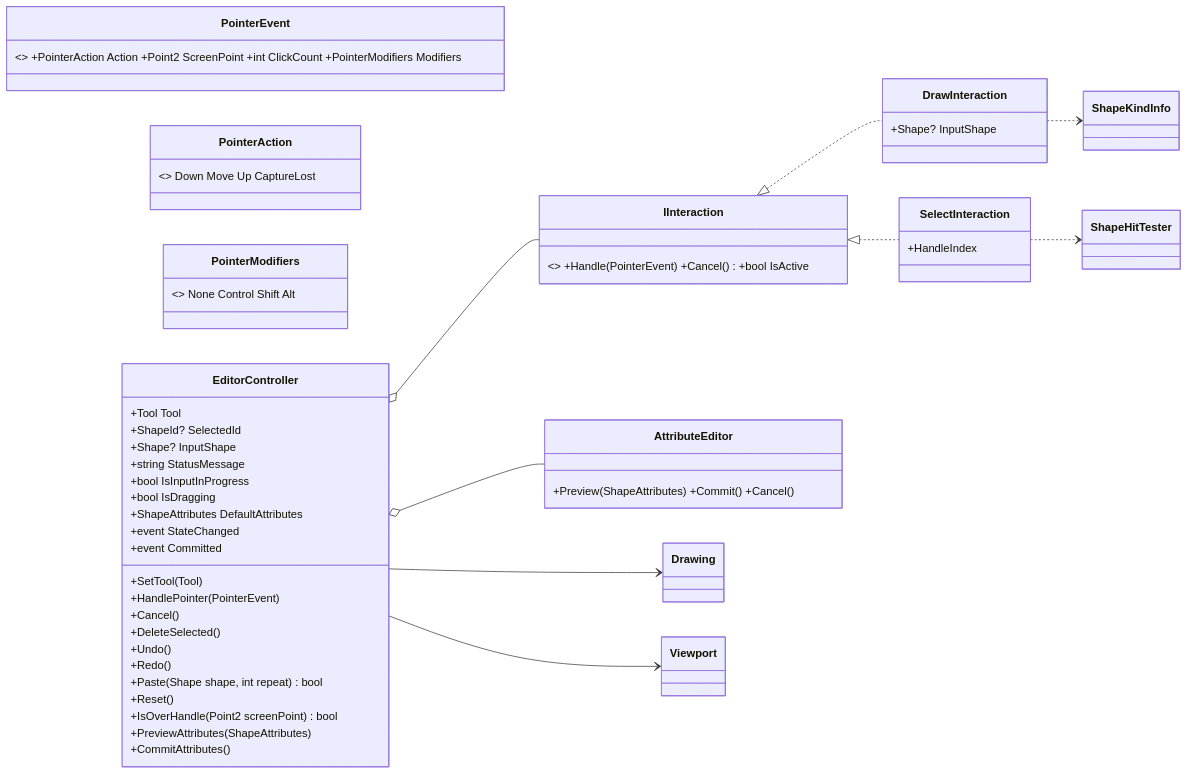
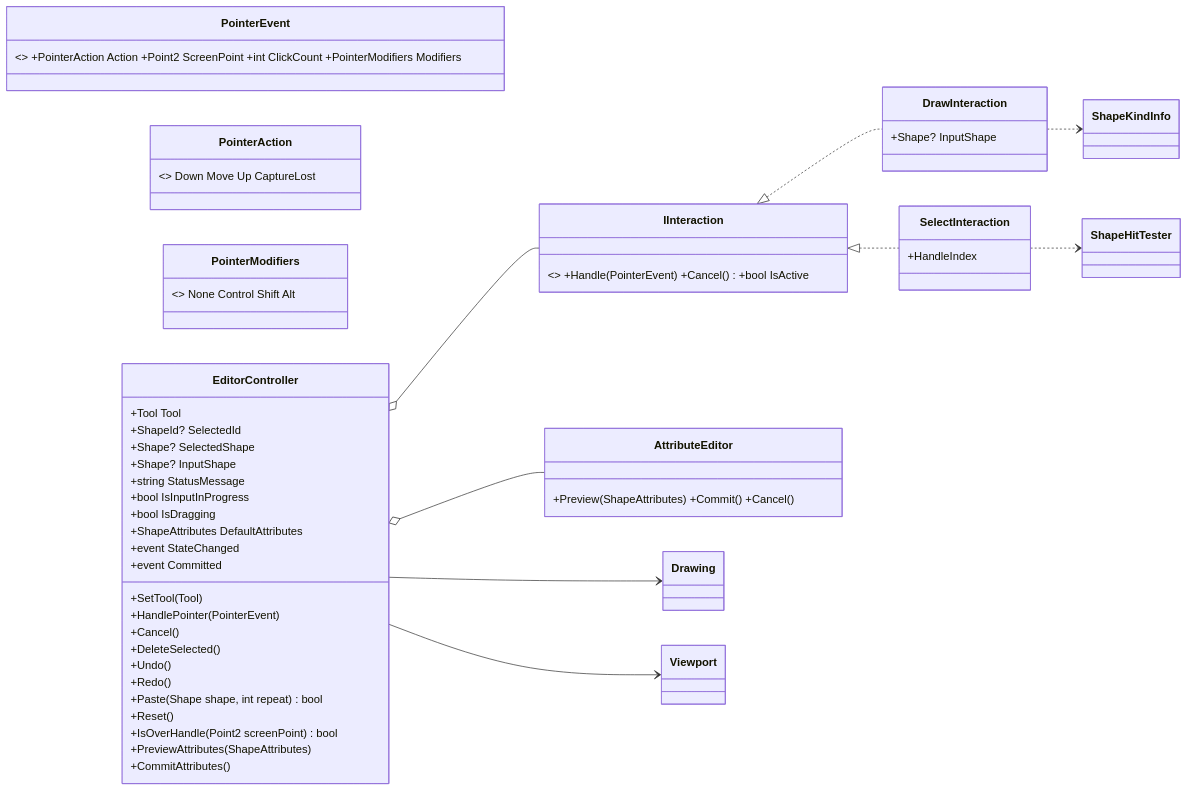
Before and after one commit to Fujiwo/Shos.WpfCadSample: the fourth of 11 diagrams in Documents/20261105-cad-architecture.md, drawn with Mermaid. The commit also changed other lines of this file and 17 other files, not shown here.

First line of the commit message:
レビューの指摘 3、6、8 を修正：選択中の図形を EditorController.SelectedShape に、プレビューの確定を Drawing.CommitPreview にまとめ、設計書 5.4 を実装に合わせる

````diff
--- a/Documents/20261105-cad-architecture.md
+++ b/Documents/20261105-cad-architecture.md
@@ -292,41 +294,42 @@
 ```mermaid
 classDiagram
     direction LR
     class PointerEvent { <<record>> +PointerAction Action +Point2 ScreenPoint +int ClickCount +PointerModifiers Modifiers }
     class PointerAction { <<enum>> Down Move Up CaptureLost }
     class PointerModifiers { <<flags enum>> None Control Shift Alt }
     class EditorController {
         +Tool Tool
         +ShapeId? SelectedId
+        +Shape? SelectedShape
         +Shape? InputShape
         +string StatusMessage
         +bool IsInputInProgress
         +bool IsDragging
         +ShapeAttributes DefaultAttributes
         +event StateChanged
         +event Committed
         +SetTool(Tool)
         +HandlePointer(PointerEvent)
         +Cancel()
         +DeleteSelected()
         +Undo()
         +Redo()
         +Paste(Shape shape, int repeat) bool
         +Reset()
         +IsOverHandle(Point2 screenPoint) bool
         +PreviewAttributes(ShapeAttributes)
         +CommitAttributes()
     }
     class IInteraction { <<interface>> +Handle(PointerEvent) +Cancel() +bool IsActive }
     class DrawInteraction { +Shape? InputShape }
     class SelectInteraction { +HandleIndex }
     class AttributeEditor { +Preview(ShapeAttributes) +Commit() +Cancel() }
     EditorController --> Drawing
     EditorController --> Viewport
     EditorController o-- IInteraction
     IInteraction <|.. DrawInteraction
     IInteraction <|.. SelectInteraction
     EditorController o-- AttributeEditor
     DrawInteraction ..> ShapeKindInfo
     SelectInteraction ..> ShapeHitTester
 ```
````
